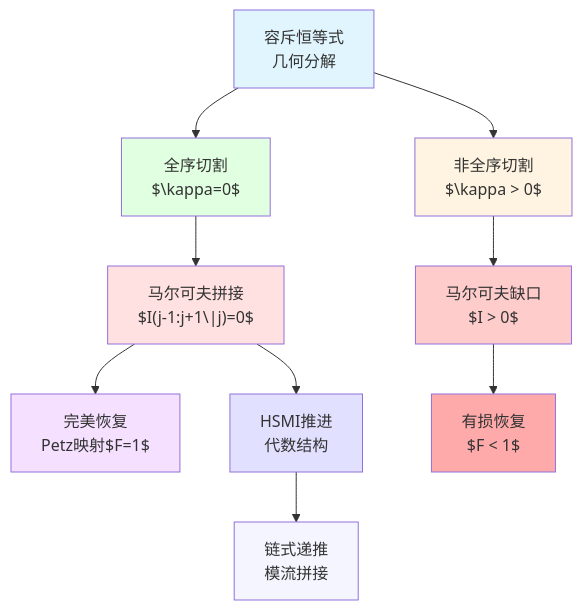
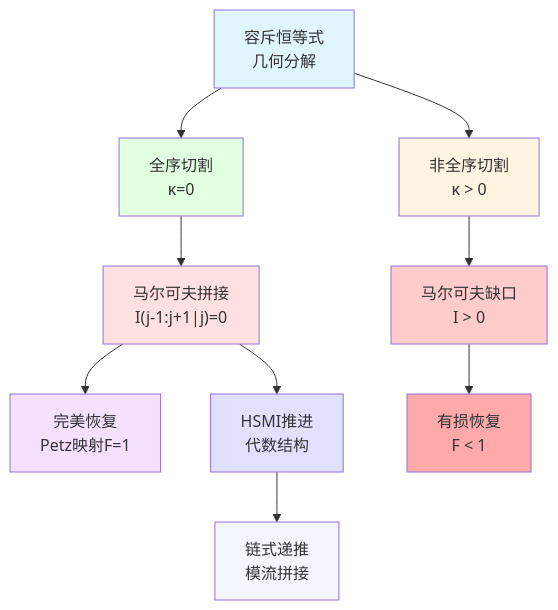
One commit to loning/zeckendorf-hilbert changed the sixth of 6 diagrams in docs/euler-article/gls-union/21-causal-diamond-chain/03-markov-stitching.md. Above: the diagram before and after it, drawn with Mermaid. The commit also changed other lines of this file and 2 other files, not shown here.

````diff
--- a/docs/euler-article/gls-union/21-causal-diamond-chain/03-markov-stitching.md
+++ b/docs/euler-article/gls-union/21-causal-diamond-chain/03-markov-stitching.md
@@ -617,23 +617,23 @@
 ```mermaid
 graph TD
-    A["容斥恒等式<br/>几何分解"] --> B["全序切割<br/>$\kappa=0$"]
-    B --> C["马尔可夫拼接<br/>$I(j-1:j+1\|j)=0$"]
-    C --> D["完美恢复<br/>Petz映射$F=1$"]
+    A["容斥恒等式<br/>几何分解"] --> B["全序切割<br/>κ=0"]
+    B --> C["马尔可夫拼接<br/>I(j-1:j+1|j)=0"]
+    C --> D["完美恢复<br/>Petz映射F=1"]
 
-    A --> E["非全序切割<br/>$\kappa > 0$"]
-    E --> F["马尔可夫缺口<br/>$I > 0$"]
-    F --> G["有损恢复<br/>$F < 1$"]
+    A --> E["非全序切割<br/>κ > 0"]
+    E --> F["马尔可夫缺口<br/>I > 0"]
+    F --> G["有损恢复<br/>F < 1"]
 
     C --> H["HSMI推进<br/>代数结构"]
     H --> I["链式递推<br/>模流拼接"]
 
     style A fill:#e1f5ff
     style B fill:#e1ffe1
     style C fill:#ffe1e1
     style D fill:#f5e1ff
     style E fill:#fff4e1
     style F fill:#ffcccc
     style G fill:#ffaaaa
     style H fill:#e1e1ff
     style I fill:#f5f5ff
 ```
````
